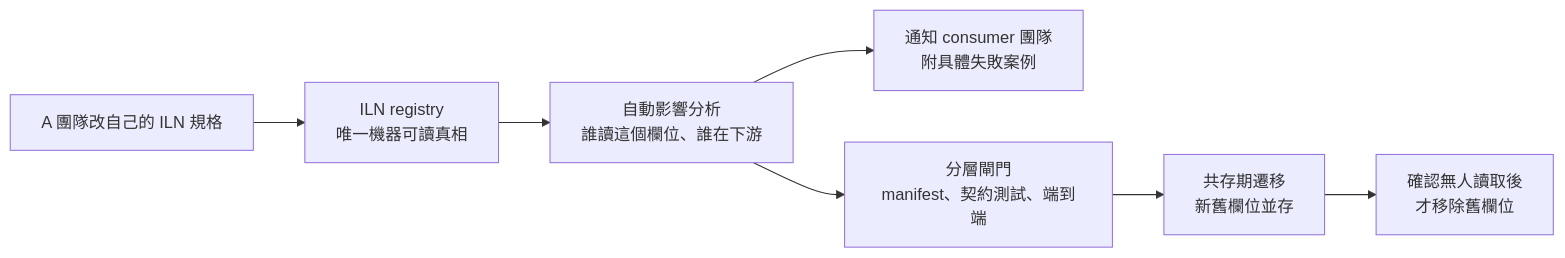
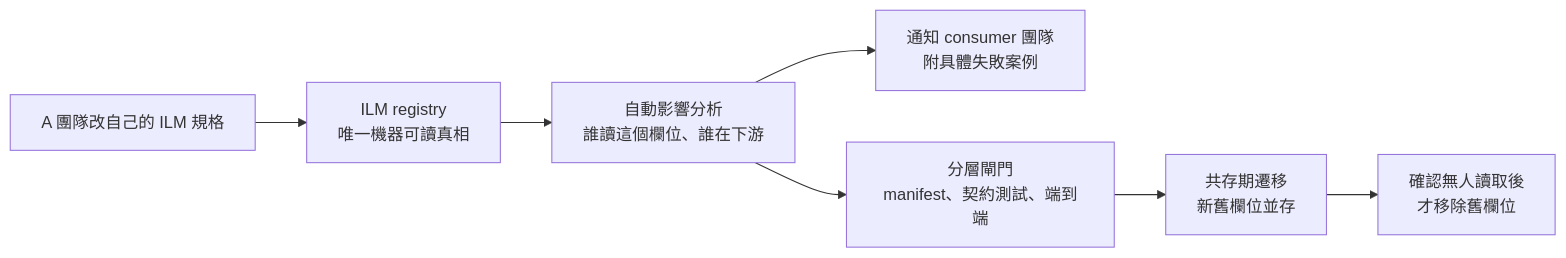
One commit to shooter2062424/Knowledge changed the first of 3 diagrams in knowledge/technology/code-dev/spec-code-flow/ilm-multi-team-spec-workflow.md. Above: the diagram before and after it, drawn with Mermaid. The commit also changed other lines of this file and 17 other files, not shown here.

First line of the commit message:
[fix] 術語更正:ILN 改為 ILM 的內容替換(筆記、README、程式、範例)

````diff
--- a/knowledge/technology/code-dev/spec-code-flow/ilm-multi-team-spec-workflow.md
+++ b/knowledge/technology/code-dev/spec-code-flow/ilm-multi-team-spec-workflow.md
@@ -19,9 +19,9 @@
 ```mermaid
 flowchart LR
-    A["A 團隊改自己的 ILN 規格"] --> R["ILN registry<br/>唯一機器可讀真相"]
+    A["A 團隊改自己的 ILM 規格"] --> R["ILM registry<br/>唯一機器可讀真相"]
     R --> I["自動影響分析<br/>誰讀這個欄位、誰在下游"]
     I --> N["通知 consumer 團隊<br/>附具體失敗案例"]
     I --> G["分層閘門<br/>manifest、契約測試、端到端"]
     G --> M["共存期遷移<br/>新舊欄位並存"]
     M --> C["確認無人讀取後<br/>才移除舊欄位"]
 ```
````
